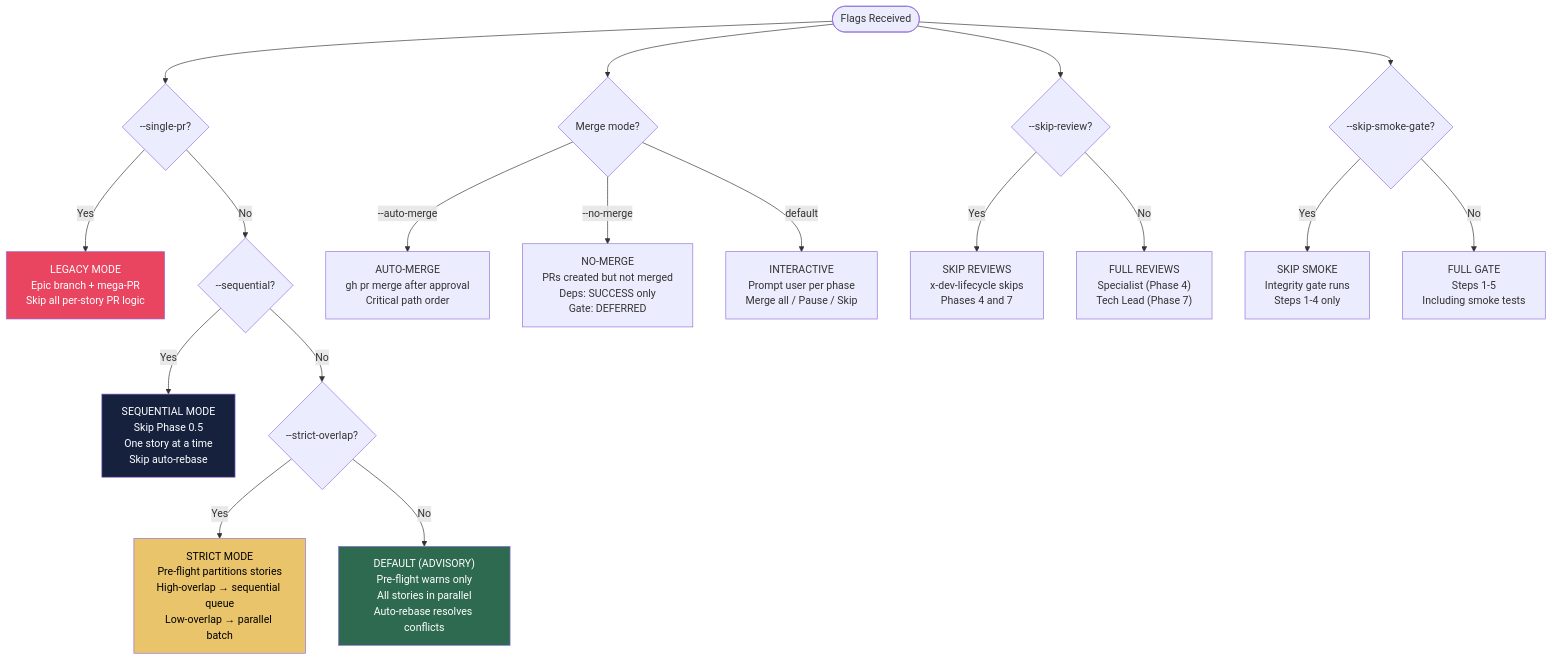
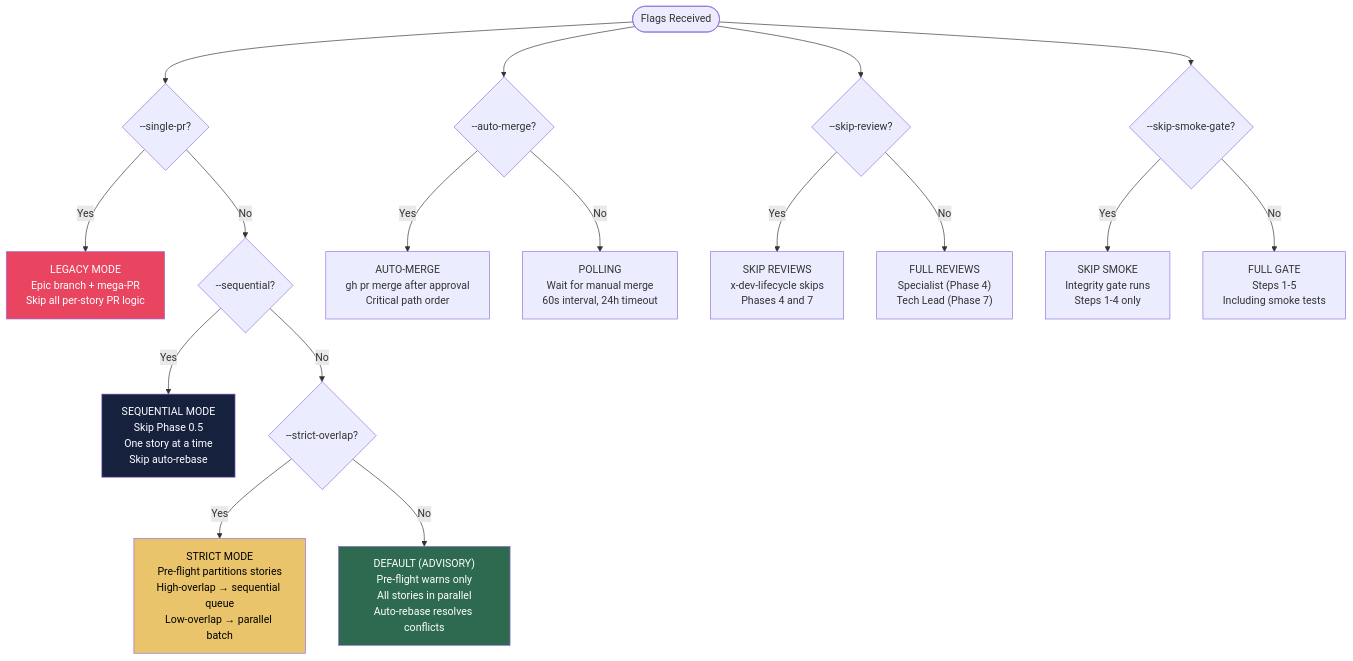
One commit to edercnj/ia-dev-environment changed the fifth of 8 diagrams in .claude/skills/x-dev-epic-implement/README.md. Above: the diagram before and after it, drawn with Mermaid. The commit also changed other lines of this file and 2248 other files, not shown here.

````diff
--- a/.claude/skills/x-dev-epic-implement/README.md
+++ b/.claude/skills/x-dev-epic-implement/README.md
@@ -258,30 +249,29 @@
 ```mermaid
 flowchart TD
     FLAGS([Flags Received]) --> F1{--single-pr?}
     F1 -->|Yes| LEGACY["LEGACY MODE<br/>Epic branch + mega-PR<br/>Skip all per-story PR logic"]
     F1 -->|No| F2{--sequential?}
 
     F2 -->|Yes| SEQMODE["SEQUENTIAL MODE<br/>Skip Phase 0.5<br/>One story at a time<br/>Skip auto-rebase"]
     F2 -->|No| F3{--strict-overlap?}
 
     F3 -->|Yes| STRICT["STRICT MODE<br/>Pre-flight partitions stories<br/>High-overlap → sequential queue<br/>Low-overlap → parallel batch"]
     F3 -->|No| ADVISORY["DEFAULT (ADVISORY)<br/>Pre-flight warns only<br/>All stories in parallel<br/>Auto-rebase resolves conflicts"]
 
-    FLAGS --> F4{Merge mode?}
-    F4 -->|--auto-merge| AUTO["AUTO-MERGE<br/>gh pr merge after approval<br/>Critical path order"]
-    F4 -->|--no-merge| NOMERGE["NO-MERGE<br/>PRs created but not merged<br/>Deps: SUCCESS only<br/>Gate: DEFERRED"]
-    F4 -->|default| INTERACTIVE["INTERACTIVE<br/>Prompt user per phase<br/>Merge all / Pause / Skip"]
+    FLAGS --> F4{--auto-merge?}
+    F4 -->|Yes| AUTO["AUTO-MERGE<br/>gh pr merge after approval<br/>Critical path order"]
+    F4 -->|No| POLL["POLLING<br/>Wait for manual merge<br/>60s interval, 24h timeout"]
 
     FLAGS --> F5{--skip-review?}
     F5 -->|Yes| NOREVIEW["SKIP REVIEWS<br/>x-dev-lifecycle skips<br/>Phases 4 and 7"]
     F5 -->|No| FULLREVIEW["FULL REVIEWS<br/>Specialist (Phase 4)<br/>Tech Lead (Phase 7)"]
 
     FLAGS --> F6{--skip-smoke-gate?}
     F6 -->|Yes| NOSMOKE["SKIP SMOKE<br/>Integrity gate runs<br/>Steps 1-4 only"]
     F6 -->|No| FULLSMOKE["FULL GATE<br/>Steps 1-5<br/>Including smoke tests"]
 
     style LEGACY fill:#e94560,color:#fff
     style ADVISORY fill:#2d6a4f,color:#fff
     style STRICT fill:#e9c46a,color:#000
     style SEQMODE fill:#16213e,color:#fff
 ```
````
